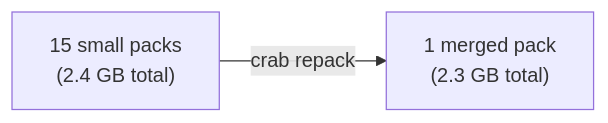
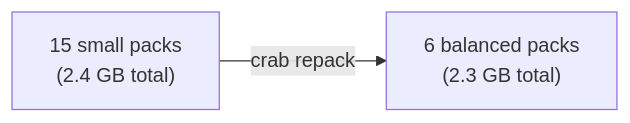
Before and after one commit to crabbuild/crab: the diagram in packages/web/content/docs/cli/storage/repacking-objects.mdx, drawn with Mermaid. The commit also changed other lines of this file and 21 other files, not shown here.

Commit message:
perf(repack): compact remote packs geometrically

````diff
--- a/packages/web/content/docs/cli/storage/repacking-objects.mdx
+++ b/packages/web/content/docs/cli/storage/repacking-objects.mdx
@@ -12,4 +14,4 @@
 ```mermaid
 flowchart LR
-    Before["15 small packs<br/>(2.4 GB total)"] -->|crab repack| After["1 merged pack<br/>(2.3 GB total)"]
+    Before["15 small packs<br/>(2.4 GB total)"] -->|crab repack| After["6 balanced packs<br/>(2.3 GB total)"]
 ```
````
